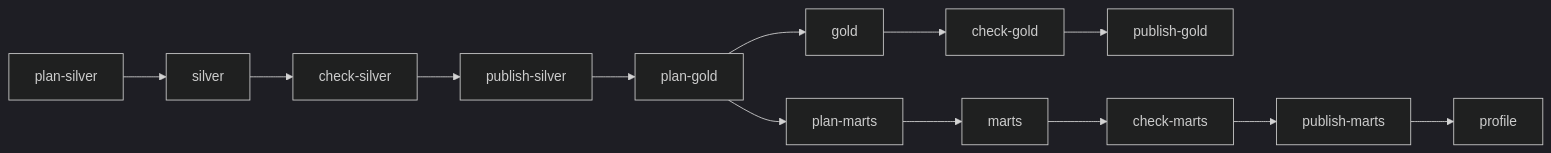
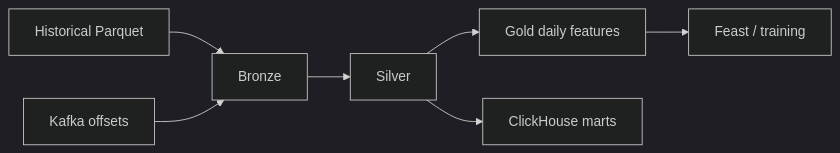
One commit to phuchoang2603/payment-gateway-fraud-detection changed the diagram in docs/data/offline.md. Above: the diagram before and after it, drawn with Mermaid (dark theme). The commit also changed other lines of this file and 11 other files, not shown here.

````diff
--- a/docs/data/offline.md
+++ b/docs/data/offline.md
@@ -85,6 +47,9 @@
 ```mermaid
 flowchart LR
-    plS[plan-silver] --> s[silver] --> cs[check-silver] --> ps[publish-silver] --> plG[plan-gold]
-    plG --> g[gold] --> cg[check-gold] --> pg[publish-gold]
-    plG --> plM[plan-marts] --> m[marts] --> cm[check-marts] --> pm[publish-marts] --> p[profile]
+    files[Historical Parquet] --> bronze[Bronze]
+    kafka[Kafka offsets] --> bronze
+    bronze --> silver[Silver]
+    silver --> gold[Gold daily features]
+    silver --> marts[ClickHouse marts]
+    gold --> training[Feast / training]
 ```
````
